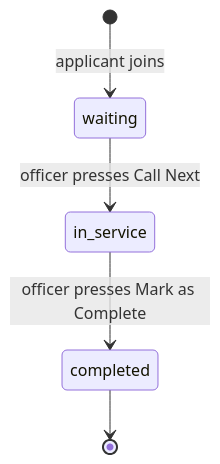
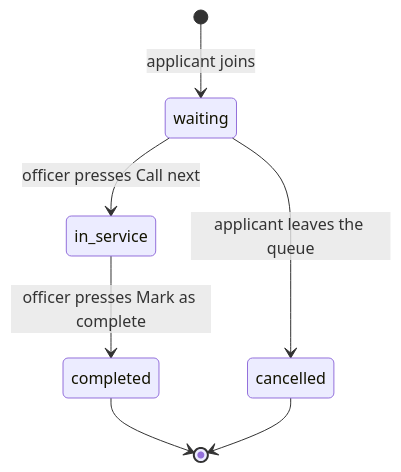
One commit to kinuthia-mark/Equeue-project changed the third of 5 diagrams in README.md. Above: the diagram before and after it, drawn with Mermaid. The commit also changed other lines of this file and 31 other files, not shown here.

````diff
--- a/README.md
+++ b/README.md
@@ -63,7 +178,9 @@
 ```mermaid
 stateDiagram-v2
     [*] --> waiting: applicant joins
-    waiting --> in_service: officer presses Call Next
-    in_service --> completed: officer presses Mark as Complete
+    waiting --> in_service: officer presses Call next
+    waiting --> cancelled: applicant leaves the queue
+    in_service --> completed: officer presses Mark as complete
     completed --> [*]
+    cancelled --> [*]
 ```
````
